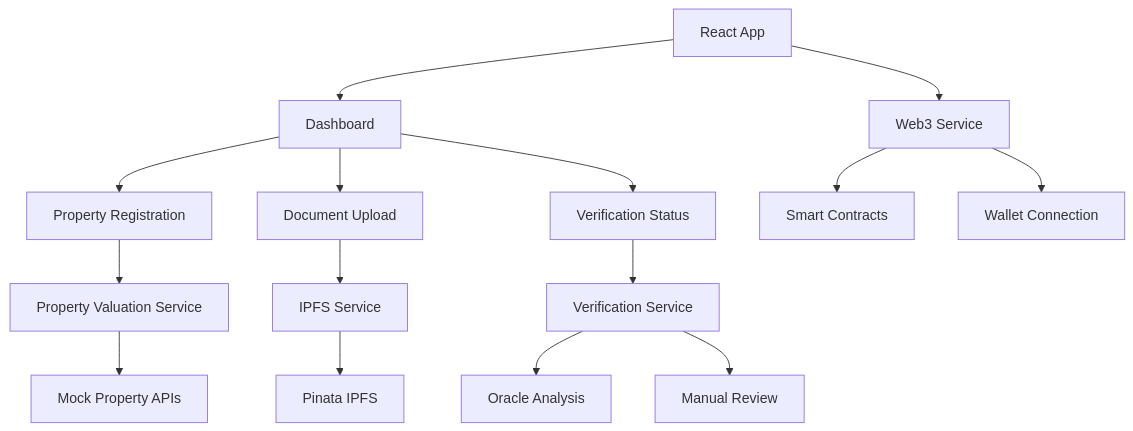
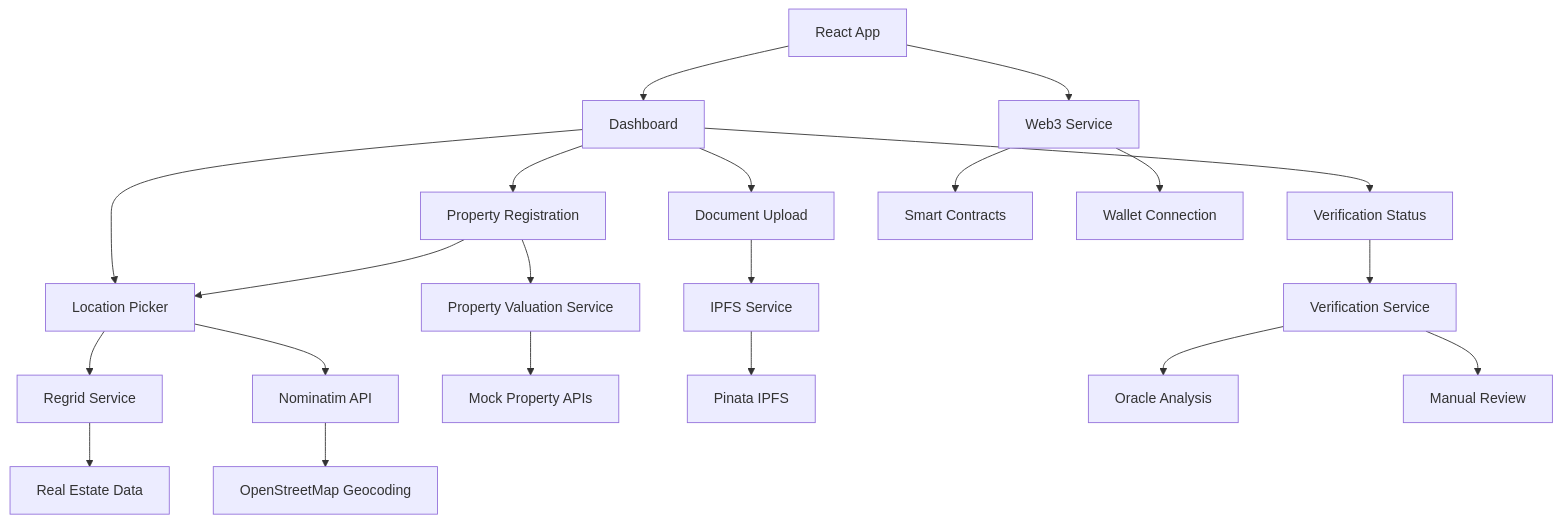
The diagram in README.md (prad18/RealEstateX), drawn with Mermaid before and after one commit. The commit also changed other lines of this file and 12 other files, not shown here.

````diff
--- a/README.md
+++ b/README.md
@@ -115,20 +166,26 @@
 ```mermaid
 graph TB
     A[React App] --> B[Dashboard]
     B --> C[Property Registration]
     B --> D[Document Upload]
     B --> E[Verification Status]
+    B --> F[Location Picker]
     
-    C --> F[Property Valuation Service]
-    D --> G[IPFS Service]
-    E --> H[Verification Service]
+    C --> G[Property Valuation Service]
+    C --> F
+    D --> H[IPFS Service]
+    E --> I[Verification Service]
+    F --> J[Regrid Service]
+    F --> K[Nominatim API]
     
-    F --> I[Mock Property APIs]
-    G --> J[Pinata IPFS]
-    H --> K[Oracle Analysis]
-    H --> L[Manual Review]
+    G --> L[Mock Property APIs]
+    H --> M[Pinata IPFS]
+    I --> N[Oracle Analysis]
+    I --> O[Manual Review]
+    J --> P[Real Estate Data]
+    K --> Q[OpenStreetMap Geocoding]
     
-    A --> M[Web3 Service]
-    M --> N[Smart Contracts]
-    M --> O[Wallet Connection]
+    A --> R[Web3 Service]
+    R --> S[Smart Contracts]
+    R --> T[Wallet Connection]
 ```
````
